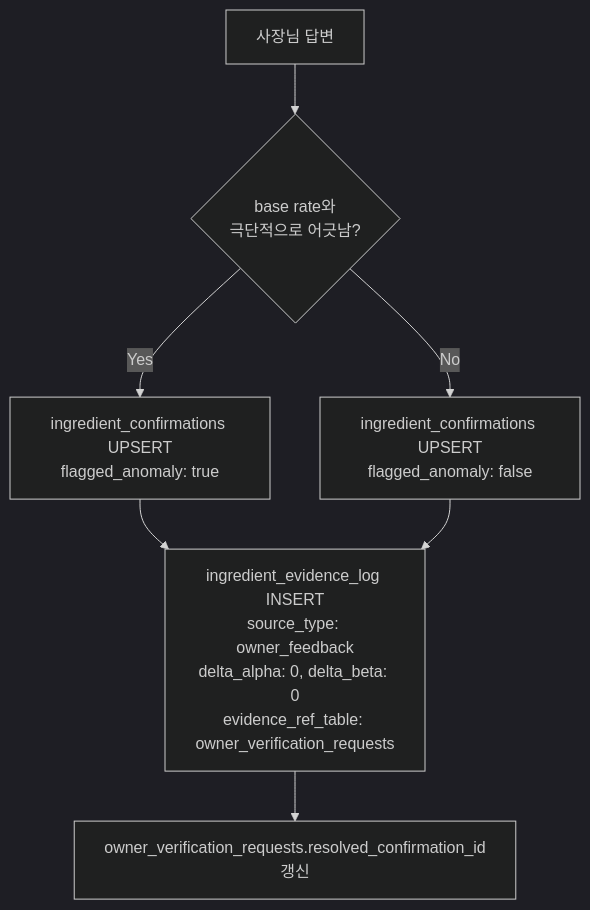
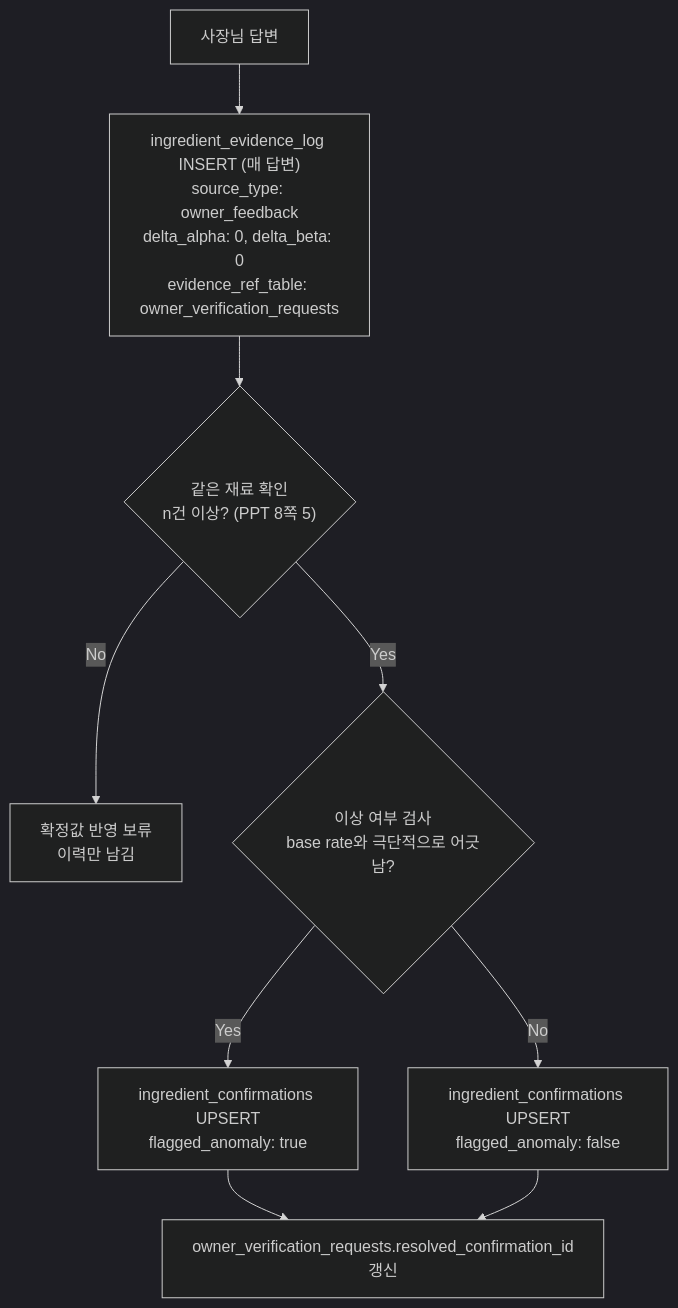
Before and after one commit to Han-Spoon/ai: the fourth of 4 diagrams in docs/agent-7-dbupdate.md, drawn with Mermaid (dark theme). The commit also changed other lines of this file and 2 other files, not shown here.

````diff
--- a/docs/agent-7-dbupdate.md
+++ b/docs/agent-7-dbupdate.md
@@ -128,9 +200,11 @@
 ```mermaid
 flowchart TD
-    IN["사장님 답변"] --> CHECK{base rate와<br/>극단적으로 어긋남?}
+    IN["사장님 답변"] --> LOG["ingredient_evidence_log INSERT (매 답변)<br/>source_type: owner_feedback<br/>delta_alpha: 0, delta_beta: 0<br/>evidence_ref_table: owner_verification_requests"]
+    LOG --> CNT{"같은 재료 확인<br/>n건 이상? (PPT 8쪽 5)"}
+    CNT -->|No| WAIT["확정값 반영 보류<br/>이력만 남김"]
+    CNT -->|Yes| CHECK{"이상 여부 검사<br/>base rate와 극단적으로 어긋남?"}
     CHECK -->|Yes| FLAG["ingredient_confirmations UPSERT<br/>flagged_anomaly: true"]
     CHECK -->|No| NORMAL["ingredient_confirmations UPSERT<br/>flagged_anomaly: false"]
-    FLAG --> LOG["ingredient_evidence_log INSERT<br/>source_type: owner_feedback<br/>delta_alpha: 0, delta_beta: 0<br/>evidence_ref_table: owner_verification_requests"]
-    NORMAL --> LOG
-    LOG --> LINK["owner_verification_requests.resolved_confirmation_id<br/>갱신"]
+    FLAG --> LINK["owner_verification_requests.resolved_confirmation_id<br/>갱신"]
+    NORMAL --> LINK
 ```
````
